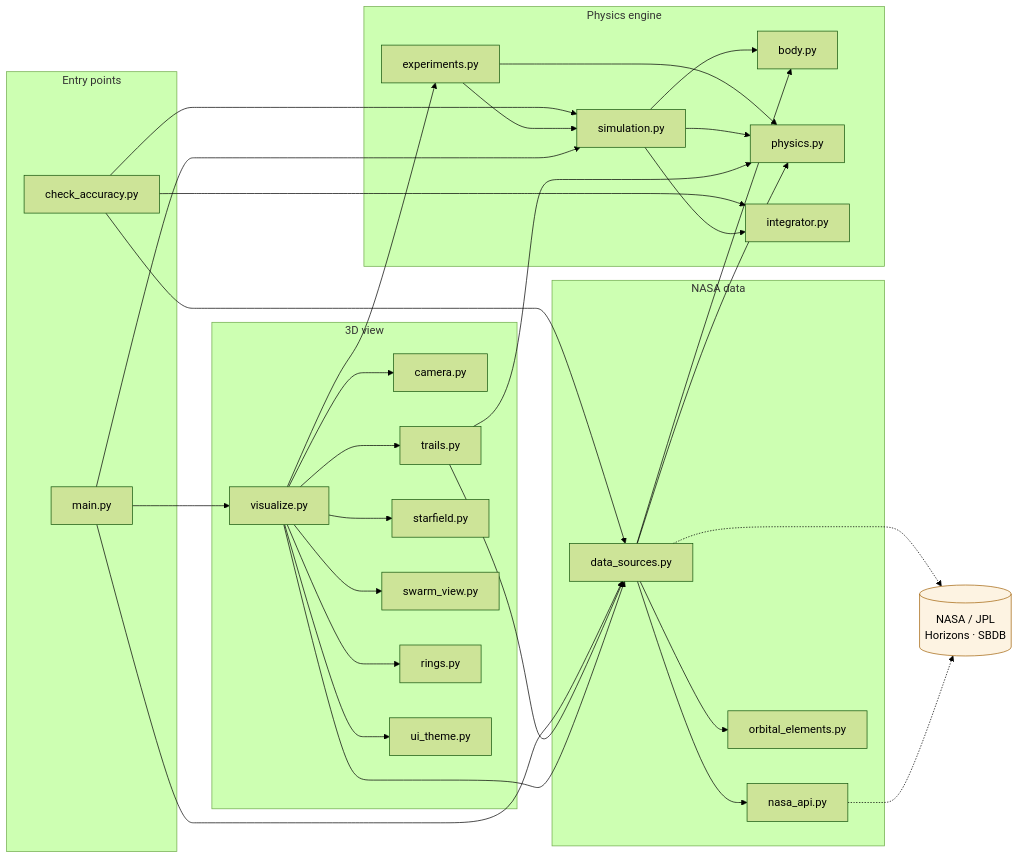
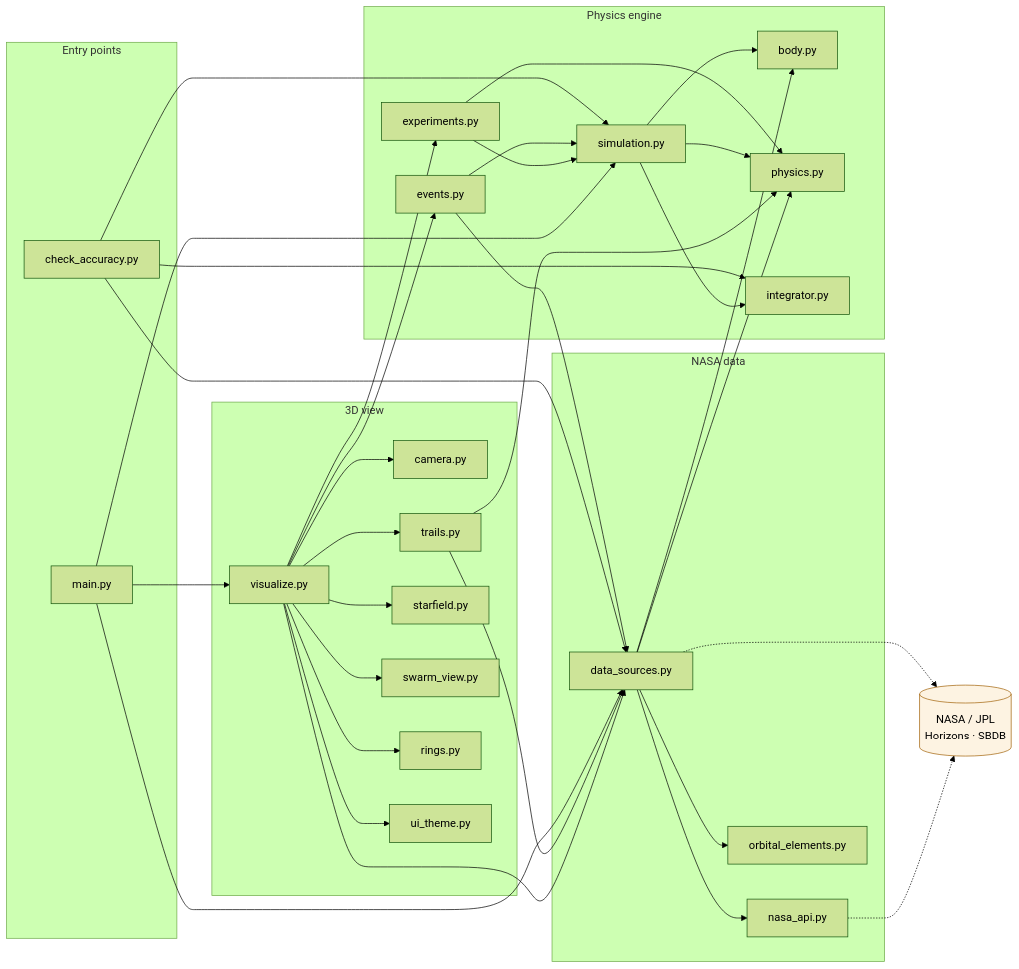
One commit to UM00/Solar_System_Simulator changed the second of 2 diagrams in README.md. Above: the diagram before and after it, drawn with Mermaid (forest theme). The commit also changed other lines of this file and 11 other files, not shown here.

````diff
--- a/README.md
+++ b/README.md
@@ -70,58 +70,62 @@
 ```mermaid
 flowchart LR
     NASA[("NASA / JPL<br/>Horizons · SBDB")]
     subgraph layer_Entry_points["Entry points"]
         main["main.py"]
         check_accuracy["check_accuracy.py"]
     end
     subgraph layer_NASA_data["NASA data"]
         nasa_api["nasa_api.py"]
         data_sources["data_sources.py"]
         orbital_elements["orbital_elements.py"]
     end
     subgraph layer_Physics_engine["Physics engine"]
         body["body.py"]
         physics["physics.py"]
         integrator["integrator.py"]
         simulation["simulation.py"]
         experiments["experiments.py"]
+        events["events.py"]
     end
     subgraph layer_3D_view["3D view"]
         visualize["visualize.py"]
         camera["camera.py"]
         trails["trails.py"]
         starfield["starfield.py"]
         swarm_view["swarm_view.py"]
         rings["rings.py"]
         ui_theme["ui_theme.py"]
     end
     check_accuracy --> data_sources
     check_accuracy --> integrator
     check_accuracy --> simulation
     data_sources --> body
     data_sources --> nasa_api
     data_sources --> orbital_elements
     data_sources --> physics
     data_sources -.-> NASA
+    events --> data_sources
+    events --> simulation
     experiments --> physics
     experiments --> simulation
     main --> data_sources
     main --> simulation
     main --> visualize
     nasa_api -.-> NASA
     simulation --> body
     simulation --> integrator
     simulation --> physics
     trails --> data_sources
     trails --> physics
     visualize --> camera
     visualize --> data_sources
+    visualize --> events
     visualize --> experiments
     visualize --> rings
     visualize --> starfield
     visualize --> swarm_view
     visualize --> trails
     visualize --> ui_theme
     classDef nasa fill:#fdf3e2,stroke:#a3640b
     class NASA nasa
 ```
````
